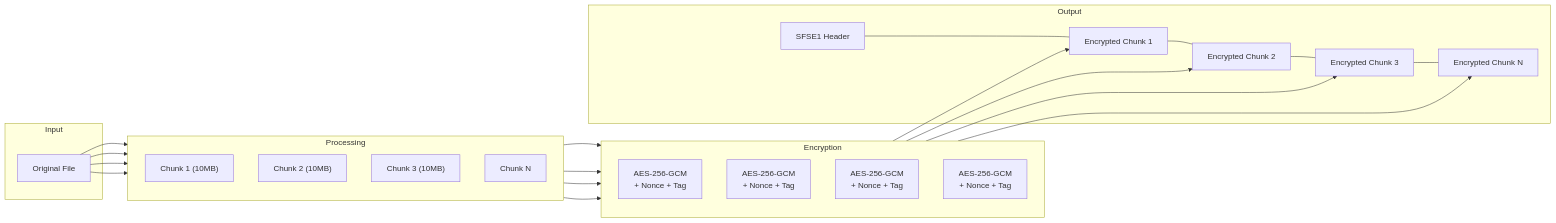
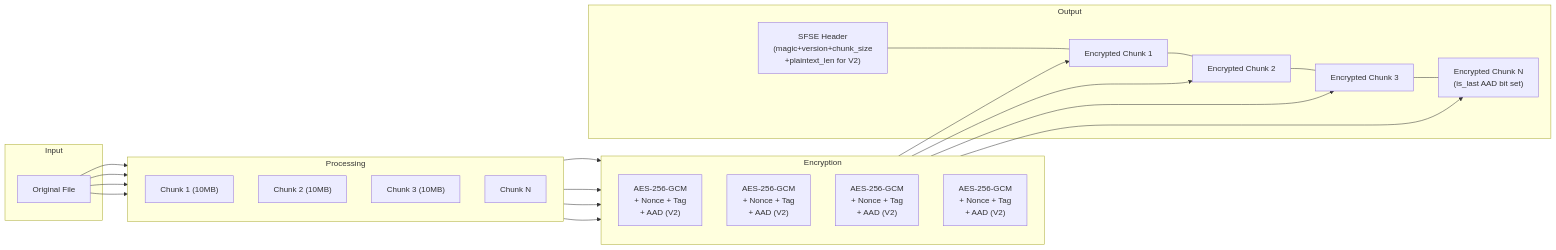
One commit to fjmerc/safeshare changed the eighth of 8 diagrams in docs/ARCHITECTURE.md. Above: the diagram before and after it, drawn with Mermaid. The commit also changed other lines of this file and 14 other files, not shown here.

````diff
--- a/docs/ARCHITECTURE.md
+++ b/docs/ARCHITECTURE.md
@@ -315,38 +333,38 @@
 ```mermaid
 flowchart LR
     subgraph Input
         F["Original File"]
     end
 
     subgraph Processing
         direction TB
         C1["Chunk 1 (10MB)"]
         C2["Chunk 2 (10MB)"]
         C3["Chunk 3 (10MB)"]
         CN["Chunk N"]
     end
 
     subgraph Encryption
         direction TB
-        E1["AES-256-GCM\n+ Nonce + Tag"]
-        E2["AES-256-GCM\n+ Nonce + Tag"]
-        E3["AES-256-GCM\n+ Nonce + Tag"]
-        EN["AES-256-GCM\n+ Nonce + Tag"]
+        E1["AES-256-GCM\n+ Nonce + Tag\n+ AAD (V2)"]
+        E2["AES-256-GCM\n+ Nonce + Tag\n+ AAD (V2)"]
+        E3["AES-256-GCM\n+ Nonce + Tag\n+ AAD (V2)"]
+        EN["AES-256-GCM\n+ Nonce + Tag\n+ AAD (V2)"]
     end
 
     subgraph Output
-        H["SFSE1 Header"]
+        H["SFSE Header\n(magic+version+chunk_size\n+plaintext_len for V2)"]
         EC1["Encrypted Chunk 1"]
         EC2["Encrypted Chunk 2"]
         EC3["Encrypted Chunk 3"]
-        ECN["Encrypted Chunk N"]
+        ECN["Encrypted Chunk N\n(is_last AAD bit set)"]
     end
 
     F --> C1 & C2 & C3 & CN
     C1 --> E1 --> EC1
     C2 --> E2 --> EC2
     C3 --> E3 --> EC3
     CN --> EN --> ECN
 
     H --- EC1 --- EC2 --- EC3 --- ECN
 ```
````
